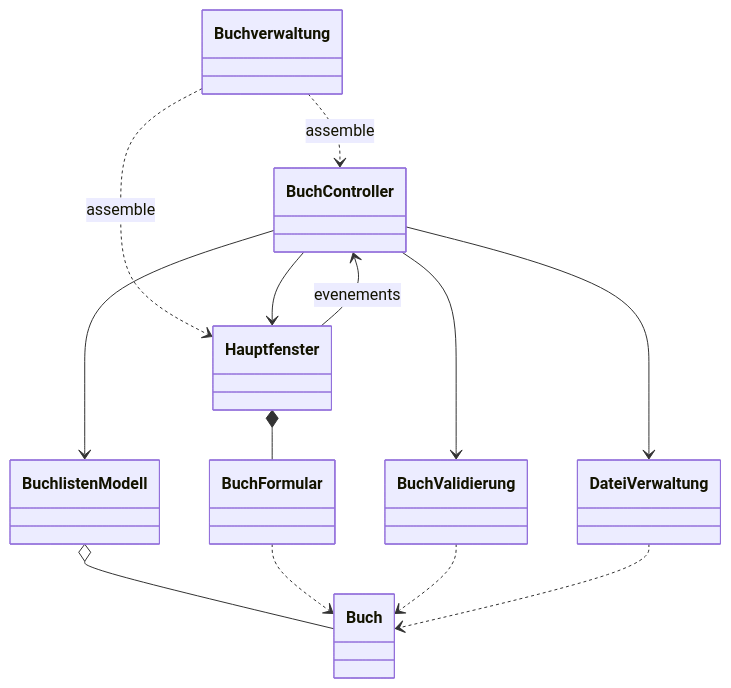
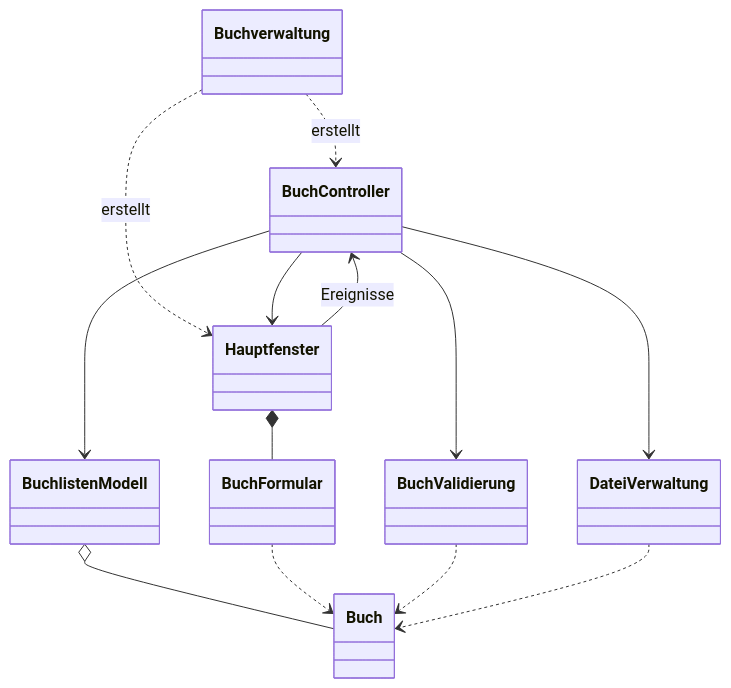
Before and after one commit to mervimanu/Buchverwaltung: the diagram in README.md, drawn with Mermaid. The commit also changed other lines of this file and 9 other files, not shown here.

````diff
--- a/README.md
+++ b/README.md
@@ -24,15 +26,15 @@
 ```mermaid
 classDiagram
-    Buchverwaltung ..> BuchController : assemble
-    Buchverwaltung ..> Hauptfenster : assemble
+    Buchverwaltung ..> BuchController : erstellt
+    Buchverwaltung ..> Hauptfenster : erstellt
     BuchController --> Hauptfenster
-    Hauptfenster --> BuchController : evenements
+    Hauptfenster --> BuchController : Ereignisse
     Hauptfenster *-- BuchFormular
     BuchController --> BuchlistenModell
     BuchController --> BuchValidierung
     BuchController --> DateiVerwaltung
     BuchlistenModell o-- Buch
     BuchFormular ..> Buch
     BuchValidierung ..> Buch
     DateiVerwaltung ..> Buch
 ```
````
